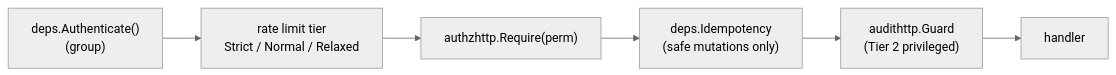
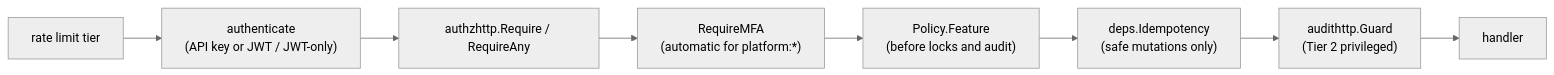
Before and after one commit to chuanghiduoc/fiber-golang-boilerplate: the third of 6 diagrams in docs/module-template.md, drawn with Mermaid (neutral theme). The commit also changed other lines of this file and 911 other files, not shown here.

````diff
--- a/docs/module-template.md
+++ b/docs/module-template.md
@@ -310,8 +314,10 @@
 ```mermaid
 flowchart LR
-    A["deps.Authenticate()<br/>(group)"] --> B["rate limit tier<br/>Strict / Normal / Relaxed"]
-    B --> C["authzhttp.Require(perm)"]
-    C --> D["deps.Idempotency<br/>(safe mutations only)"]
-    D --> E["audithttp.Guard<br/>(Tier 2 privileged)"]
-    E --> F[handler]
+    A["rate limit tier"] --> B["authenticate<br/>(API key or JWT / JWT-only)"]
+    B --> C["authzhttp.Require / RequireAny"]
+    C --> D["RequireMFA<br/>(automatic for platform:*)"]
+    D --> E["Policy.Feature<br/>(before locks and audit)"]
+    E --> F["deps.Idempotency<br/>(safe mutations only)"]
+    F --> G["audithttp.Guard<br/>(Tier 2 privileged)"]
+    G --> H[handler]
 ```
````
